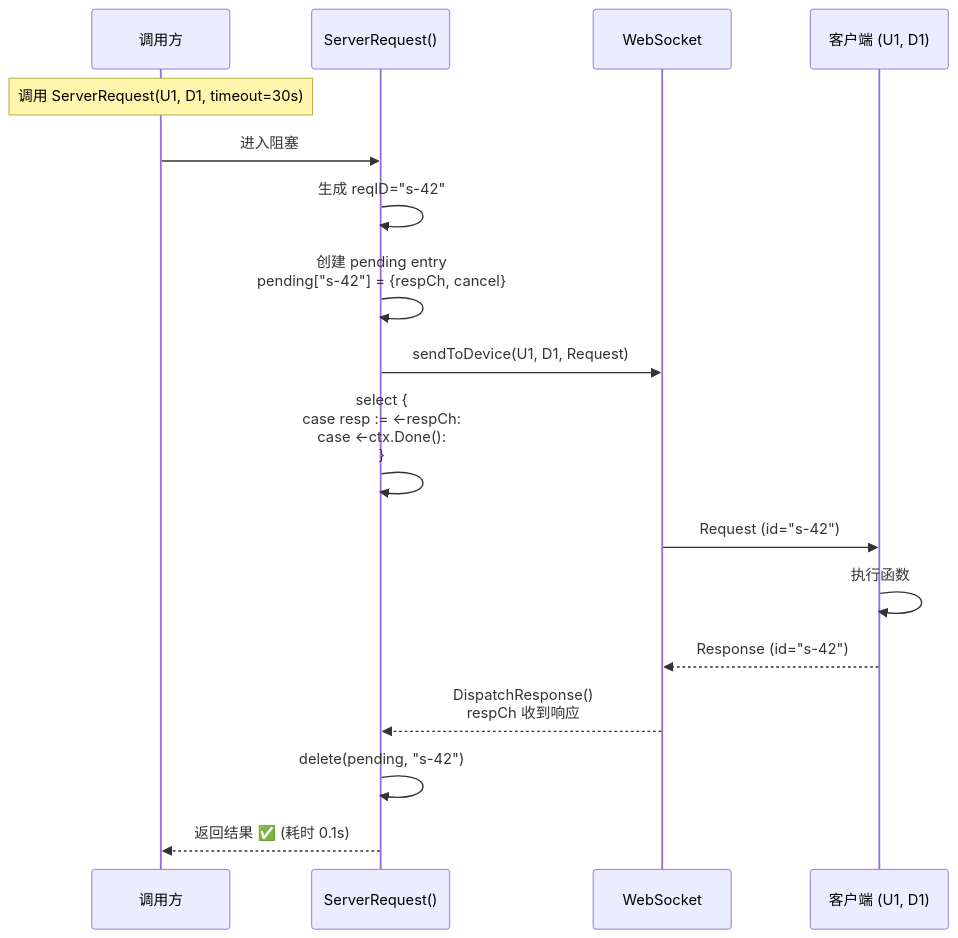
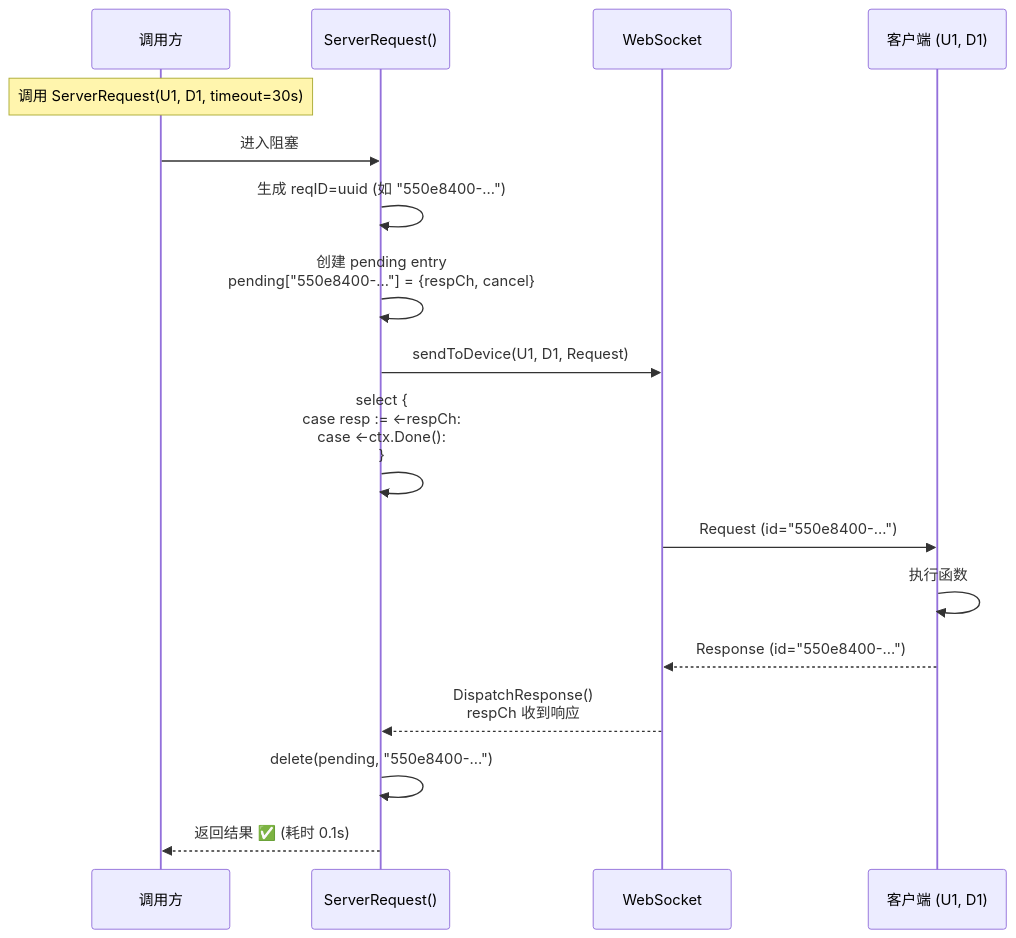
Before and after one commit to PineappleBond/xyncra-server: the third of 7 diagrams in docs/DESIGN_CLIENT_FUNCTION_AGENT_TOOLS.md, drawn with Mermaid. The commit also changed other lines of this file, not shown here.

First line of the commit message:
docs: change reqID from atomic counter to UUID

````diff
--- a/docs/DESIGN_CLIENT_FUNCTION_AGENT_TOOLS.md
+++ b/docs/DESIGN_CLIENT_FUNCTION_AGENT_TOOLS.md
@@ -389,22 +396,22 @@
 ```mermaid
 sequenceDiagram
     participant Caller as 调用方
     participant RRPC as ServerRequest()
     participant WS as WebSocket
     participant Client as 客户端 (U1, D1)
 
     Note over Caller: 调用 ServerRequest(U1, D1, timeout=30s)
     Caller->>RRPC: 进入阻塞
 
-    RRPC->>RRPC: 生成 reqID="s-42"
-    RRPC->>RRPC: 创建 pending entry<br/>pending["s-42"] = {respCh, cancel}
+    RRPC->>RRPC: 生成 reqID=uuid (如 "550e8400-...")
+    RRPC->>RRPC: 创建 pending entry<br/>pending["550e8400-..."] = {respCh, cancel}
     RRPC->>WS: sendToDevice(U1, D1, Request)
     RRPC->>RRPC: select {<br/>  case resp := <-respCh:<br/>  case <-ctx.Done():<br/>}
 
-    WS->>Client: Request (id="s-42")
+    WS->>Client: Request (id="550e8400-...")
     Client->>Client: 执行函数
-    Client-->>WS: Response (id="s-42")
+    Client-->>WS: Response (id="550e8400-...")
     WS-->>RRPC: DispatchResponse()<br/>respCh 收到响应
-    RRPC->>RRPC: delete(pending, "s-42")
+    RRPC->>RRPC: delete(pending, "550e8400-...")
     RRPC-->>Caller: 返回结果 ✅ (耗时 0.1s)
 ```
````
